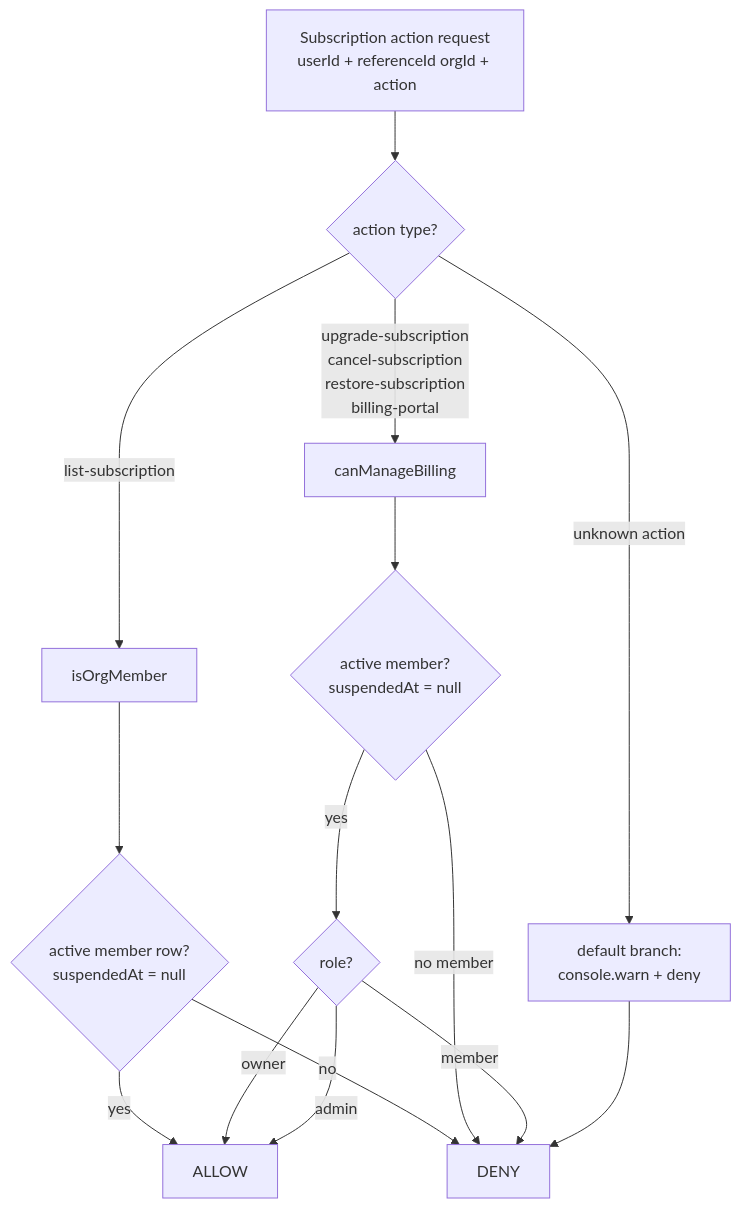
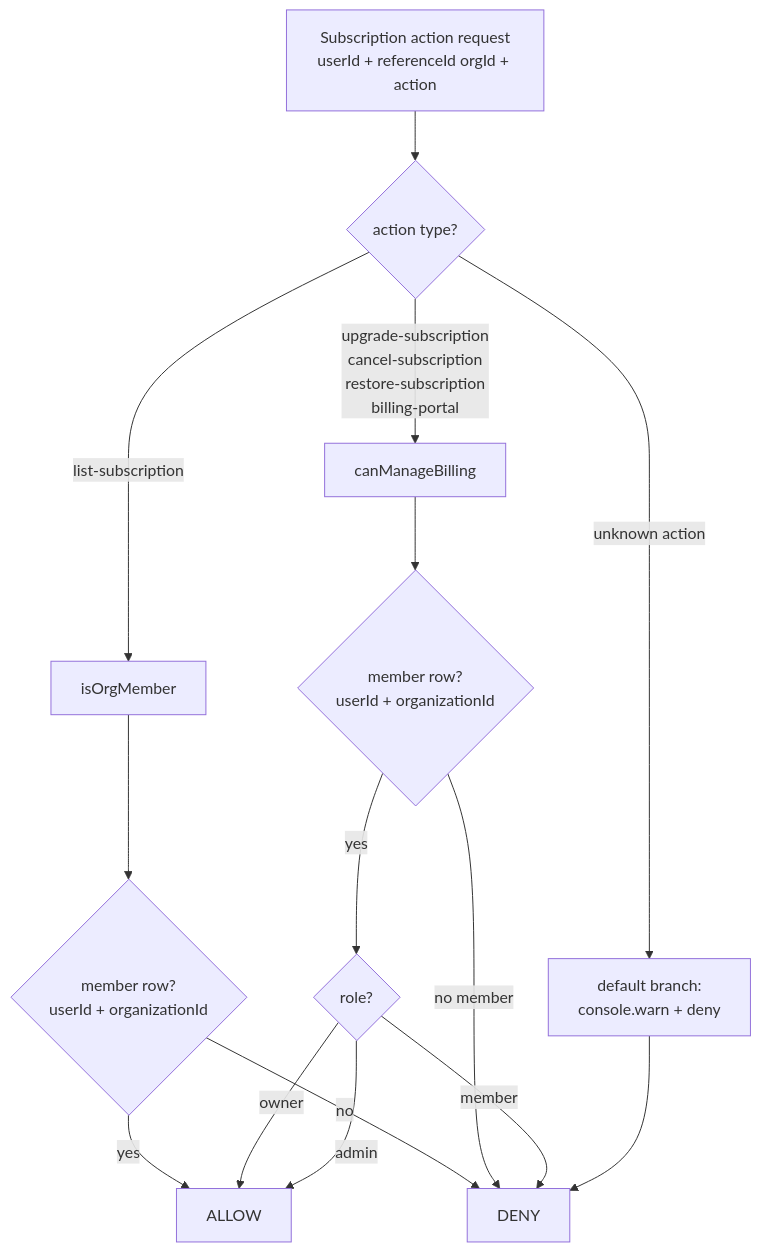
Before and after one commit to saasprokit-com/saasprokit: the first of 2 diagrams in docs/content/docs/payment/billing-authorization.mdx, drawn with Mermaid. The commit also changed other lines of this file and 47 other files, not shown here.

````diff
--- a/docs/content/docs/payment/billing-authorization.mdx
+++ b/docs/content/docs/payment/billing-authorization.mdx
@@ -53,21 +57,21 @@
 ```mermaid
 flowchart TD
     A[Subscription action request<br/>userId + referenceId orgId + action] --> B{action type?}
 
     B -->|list-subscription| C[isOrgMember]
     B -->|upgrade-subscription<br/>cancel-subscription<br/>restore-subscription<br/>billing-portal| D[canManageBilling]
     B -->|unknown action| E[default branch:<br/>console.warn + deny]
 
-    C --> F{active member row?<br/>suspendedAt = null}
+    C --> F{member row?<br/>userId + organizationId}
     F -->|yes| G[ALLOW]
     F -->|no| H[DENY]
 
-    D --> I{active member?<br/>suspendedAt = null}
+    D --> I{member row?<br/>userId + organizationId}
     I -->|no member| H
     I -->|yes| J{role?}
     J -->|owner| G
     J -->|admin| G
     J -->|member| H
 
     E --> H
 ```
````
